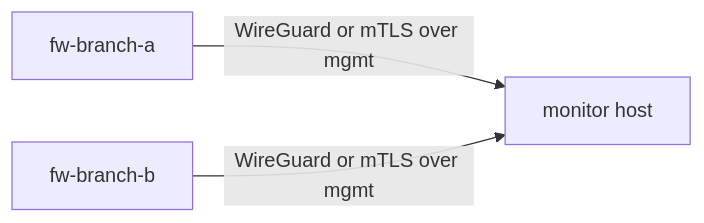
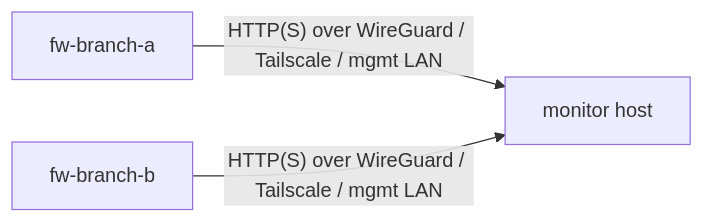
Before and after one commit to henfur/cocodriwall: the second of 2 diagrams in docs/specs/01-architecture.md, drawn with Mermaid. The commit also changed other lines of this file and 14 other files, not shown here.

````diff
--- a/docs/specs/01-architecture.md
+++ b/docs/specs/01-architecture.md
@@ -101,5 +101,5 @@
 ```mermaid
 flowchart LR
-  FW1["fw-branch-a"] -- "WireGuard or mTLS over mgmt" --> MON["monitor host"]
-  FW2["fw-branch-b"] -- "WireGuard or mTLS over mgmt" --> MON
+  FW1["fw-branch-a"] -- "HTTP(S) over WireGuard / Tailscale / mgmt LAN" --> MON["monitor host"]
+  FW2["fw-branch-b"] -- "HTTP(S) over WireGuard / Tailscale / mgmt LAN" --> MON
 ```
````
